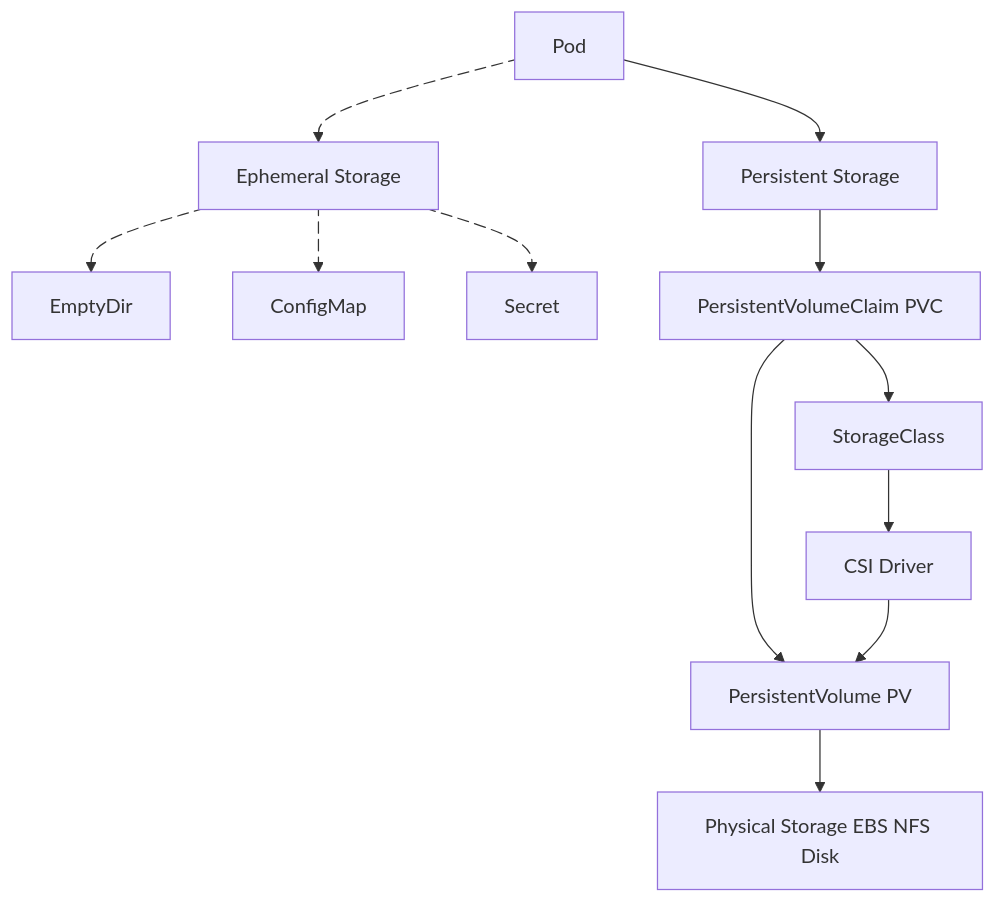
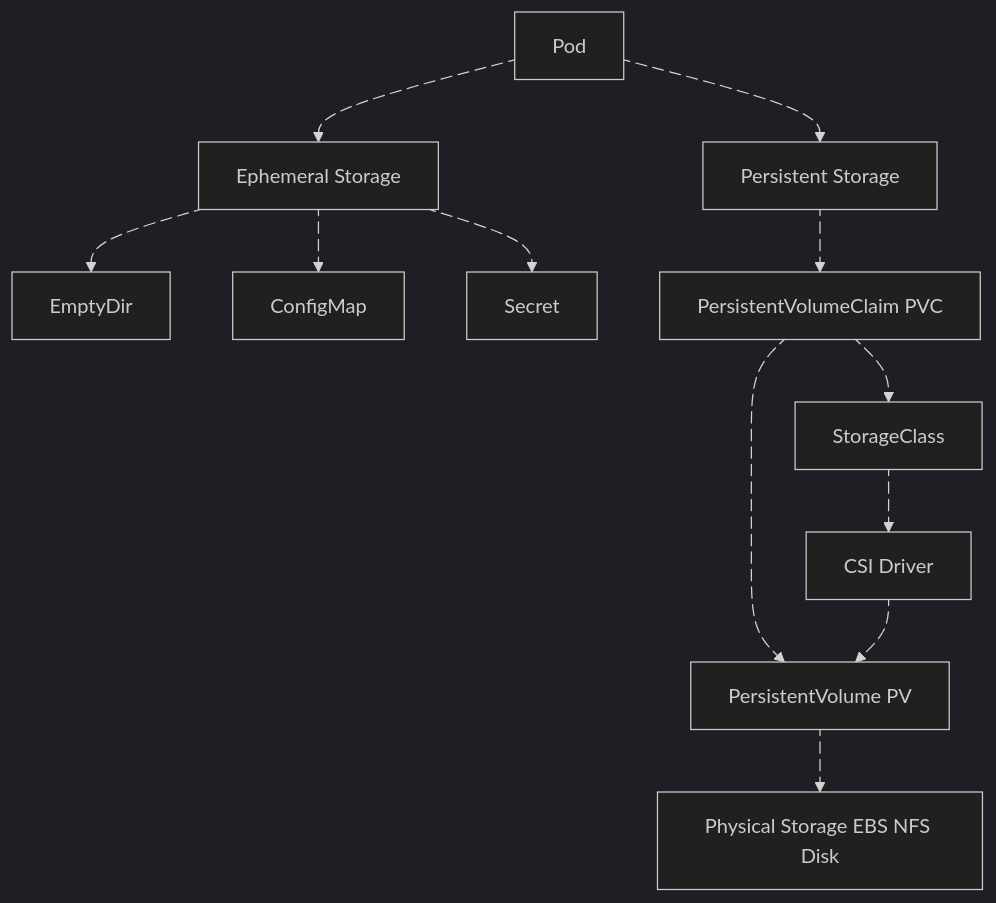
The first of 6 diagrams in 06-storage/06.01-Storage-Intro.md (Aravind-devops-1/devops_ganesh), drawn with Mermaid before and after one commit. The commit also changed other lines of this file, not shown here.

````diff
--- a/06-storage/06.01-Storage-Intro.md
+++ b/06-storage/06.01-Storage-Intro.md
@@ -95,20 +95,26 @@
 ```mermaid
 ---
 config:
-  theme: default
+  theme: dark
 ---
 flowchart TB
     A["Pod"] L_A_B_0@--> B["Ephemeral Storage"] & C["Persistent Storage"]
     B L_B_B1_0@--> B1["EmptyDir"] & B2["ConfigMap"] & B3["Secret"]
-    C --> D["PersistentVolumeClaim PVC"]
-    D --> E["PersistentVolume PV"] & G["StorageClass"]
-    E --> F["Physical Storage EBS NFS Disk"]
-    G --> H["CSI Driver"]
-    H --> E
-
+    C L_C_D_0@--> D["PersistentVolumeClaim PVC"]
+    D L_D_E_0@--> E["PersistentVolume PV"] & G["StorageClass"]
+    E L_E_F_0@--> F["Physical Storage EBS NFS Disk"]
+    G L_G_H_0@--> H["CSI Driver"]
+    H L_H_E_0@--> E
 
     L_A_B_0@{ animation: slow } 
+    L_A_C_0@{ animation: slow } 
     L_B_B1_0@{ animation: slow } 
     L_B_B2_0@{ animation: slow } 
-    L_B_B3_0@{ animation: slow }
+    L_B_B3_0@{ animation: slow } 
+    L_C_D_0@{ animation: slow } 
+    L_D_E_0@{ animation: slow } 
+    L_D_G_0@{ animation: slow } 
+    L_E_F_0@{ animation: slow } 
+    L_G_H_0@{ animation: slow } 
+    L_H_E_0@{ animation: slow }
 ```
````
